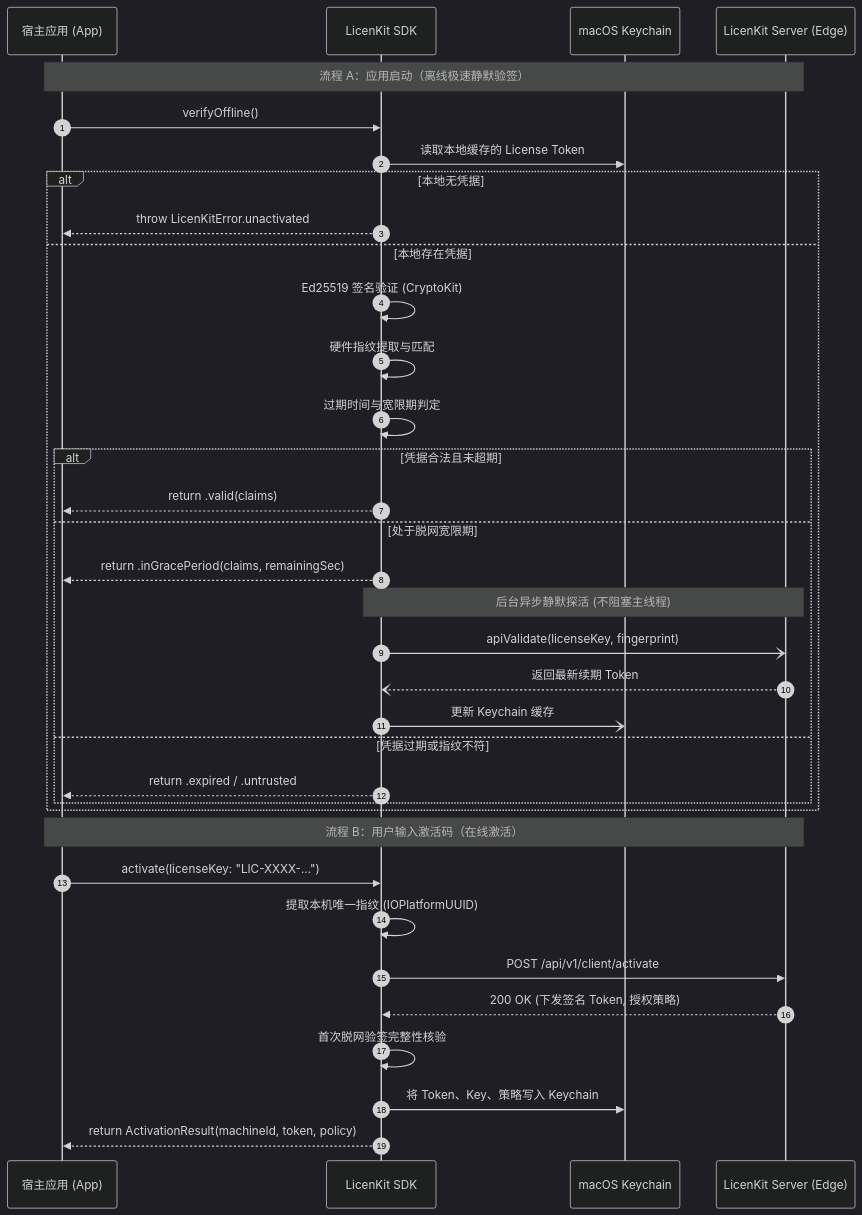
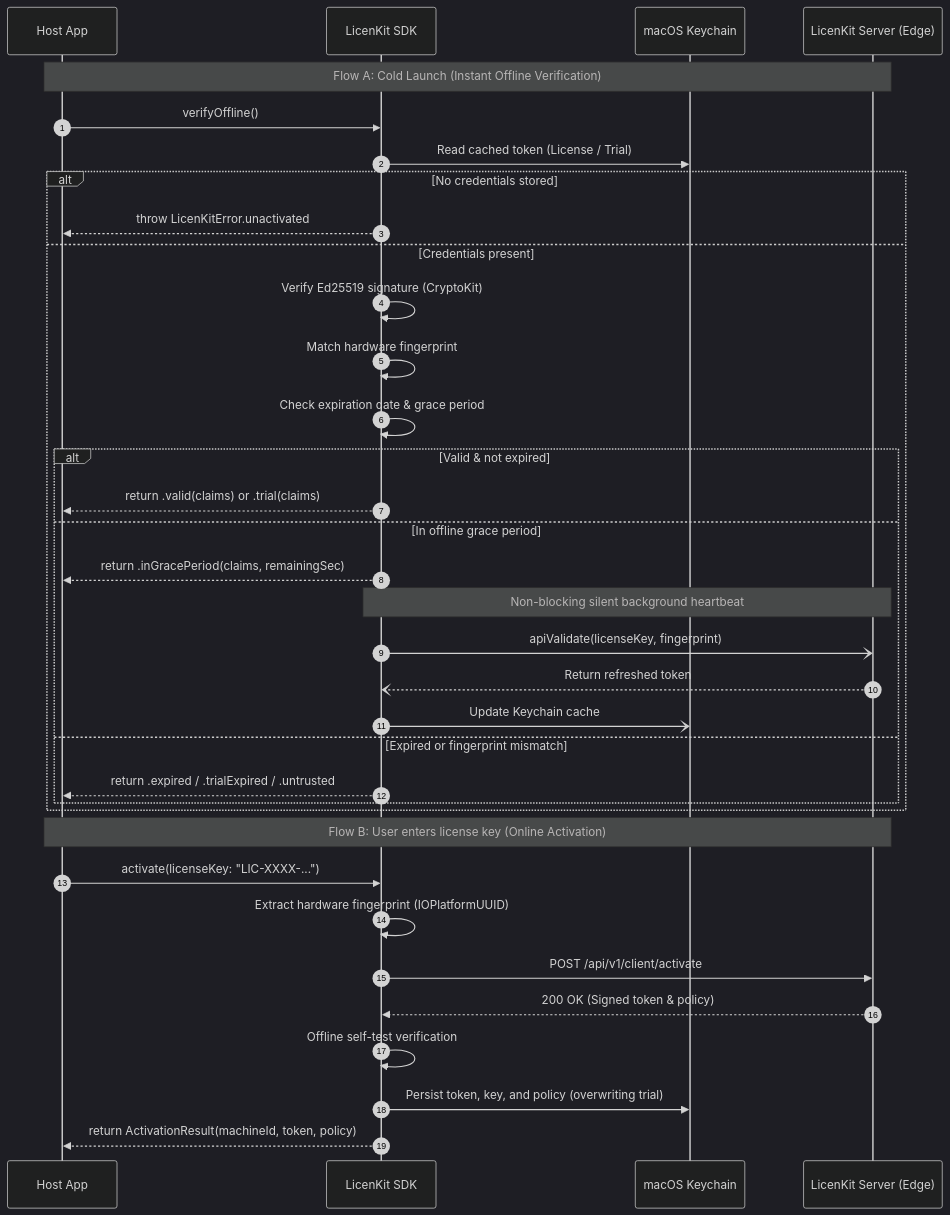
The second of 2 diagrams in docs/ARCHITECTURE.md (LicenKit/licenkit-sdk-swift), drawn with Mermaid (dark theme) before and after one commit. The commit also changed other lines of this file and 8 other files, not shown here.

````diff
--- a/docs/ARCHITECTURE.md
+++ b/docs/ARCHITECTURE.md
@@ -82,39 +85,39 @@
 ```mermaid
 sequenceDiagram
     autonumber
-    participant App as 宿主应用 (App)
+    participant App as Host App
     participant SDK as LicenKit SDK
     participant KC as macOS Keychain
     participant Server as LicenKit Server (Edge)
 
-    Note over App, Server: 流程 A：应用启动（离线极速静默验签）
+    Note over App, Server: Flow A: Cold Launch (Instant Offline Verification)
     App->>SDK: verifyOffline()
-    SDK->>KC: 读取本地缓存的 License Token
-    alt 本地无凭据
+    SDK->>KC: Read cached token (License / Trial)
+    alt No credentials stored
         SDK-->>App: throw LicenKitError.unactivated
-    else 本地存在凭据
-        SDK->>SDK: Ed25519 签名验证 (CryptoKit)
-        SDK->>SDK: 硬件指纹提取与匹配
-        SDK->>SDK: 过期时间与宽限期判定
-        alt 凭据合法且未超期
-            SDK-->>App: return .valid(claims)
-        else 处于脱网宽限期
+    else Credentials present
+        SDK->>SDK: Verify Ed25519 signature (CryptoKit)
+        SDK->>SDK: Match hardware fingerprint
+        SDK->>SDK: Check expiration date & grace period
+        alt Valid & not expired
+            SDK-->>App: return .valid(claims) or .trial(claims)
+        else In offline grace period
             SDK-->>App: return .inGracePeriod(claims, remainingSec)
-            Note over SDK, Server: 后台异步静默探活 (不阻塞主线程)
+            Note over SDK, Server: Non-blocking silent background heartbeat
             SDK-)Server: apiValidate(licenseKey, fingerprint)
-            Server--)SDK: 返回最新续期 Token
-            SDK-)KC: 更新 Keychain 缓存
-        else 凭据过期或指纹不符
-            SDK-->>App: return .expired / .untrusted
+            Server--)SDK: Return refreshed token
+            SDK-)KC: Update Keychain cache
+        else Expired or fingerprint mismatch
+            SDK-->>App: return .expired / .trialExpired / .untrusted
         end
     end
 
-    Note over App, Server: 流程 B：用户输入激活码（在线激活）
+    Note over App, Server: Flow B: User enters license key (Online Activation)
     App->>SDK: activate(licenseKey: "LIC-XXXX-...")
-    SDK->>SDK: 提取本机唯一指纹 (IOPlatformUUID)
+    SDK->>SDK: Extract hardware fingerprint (IOPlatformUUID)
     SDK->>Server: POST /api/v1/client/activate
-    Server-->>SDK: 200 OK (下发签名 Token, 授权策略)
-    SDK->>SDK: 首次脱网验签完整性核验
-    SDK->>KC: 将 Token、Key、策略写入 Keychain
+    Server-->>SDK: 200 OK (Signed token & policy)
+    SDK->>SDK: Offline self-test verification
+    SDK->>KC: Persist token, key, and policy (overwriting trial)
     SDK-->>App: return ActivationResult(machineId, token, policy)
 ```
````
